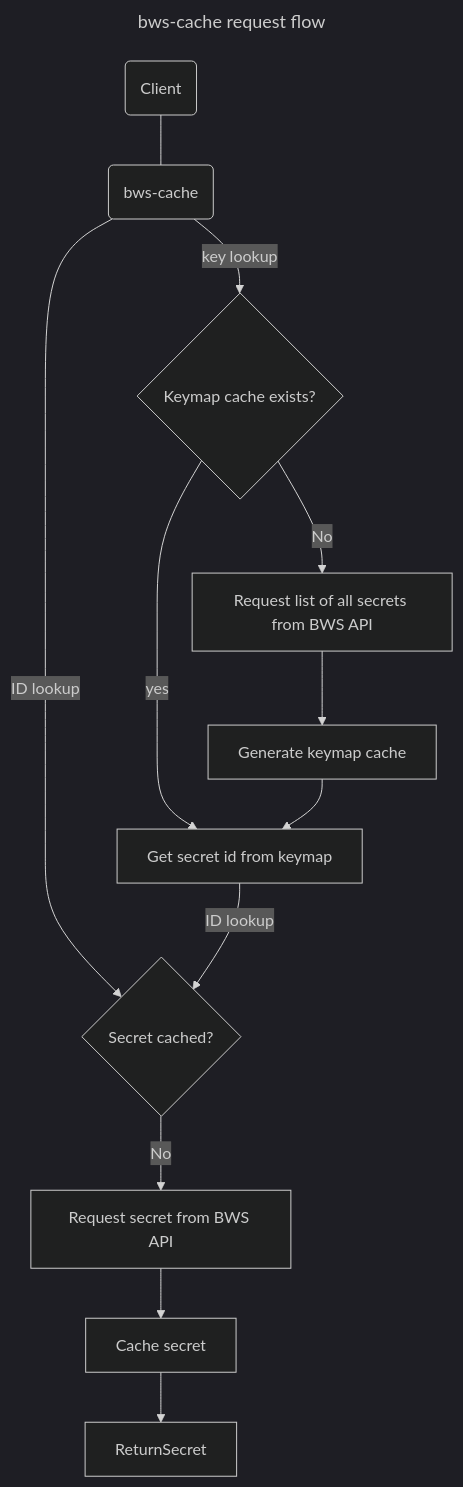
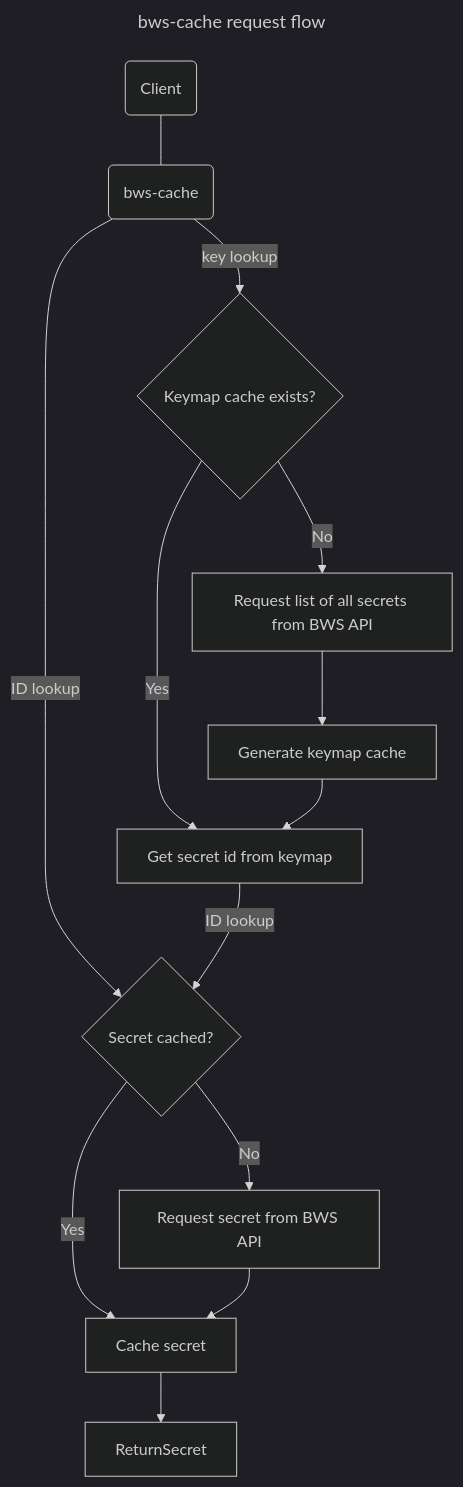
The diagram in README.md (rippleFCL/bws-cache), drawn with Mermaid (dark theme) before and after one commit.

Commit message:
fix: flowchart

````diff
--- a/README.md
+++ b/README.md
@@ -107,18 +107,18 @@
 ```mermaid
 ---
 title: bws-cache request flow
 ---
 flowchart TD
     Client(Client) --- BwsCache(bws-cache)
     BwsCache -->|ID lookup| IsSecretCached{Secret cached?}
-
     IsSecretCached -->|No| QuerySecret[Request secret from BWS API]
+    IsSecretCached -->|Yes| CacheSecret[Cache secret]
     QuerySecret --> CacheSecret[Cache secret]
     CacheSecret --> ReturnSecret
     BwsCache -->|key lookup| IsKeyCacheExist{Keymap cache exists?}
     IsKeyCacheExist -->|No| QuerySecretList[Request list of all secrets from BWS API]
-    IsKeyCacheExist -->|yes| LookupIDFromKey[Get secret id from keymap]
+    IsKeyCacheExist -->|Yes| LookupIDFromKey[Get secret id from keymap]
     LookupIDFromKey --> |ID lookup| IsSecretCached{Secret cached?}
     QuerySecretList -->GenKeyCache[Generate keymap cache]
     GenKeyCache --> LookupIDFromKey[Get secret id from keymap]
 ```
````
